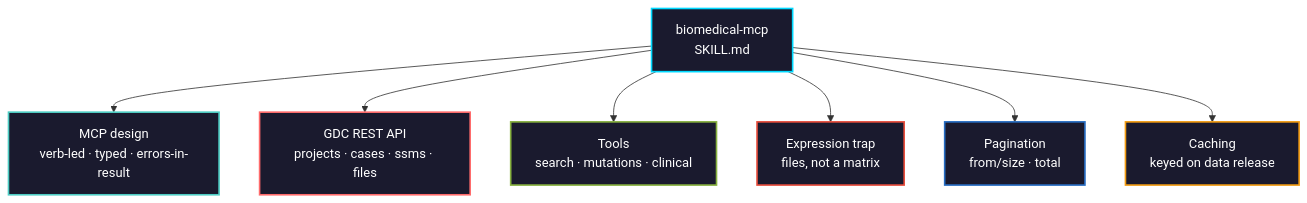
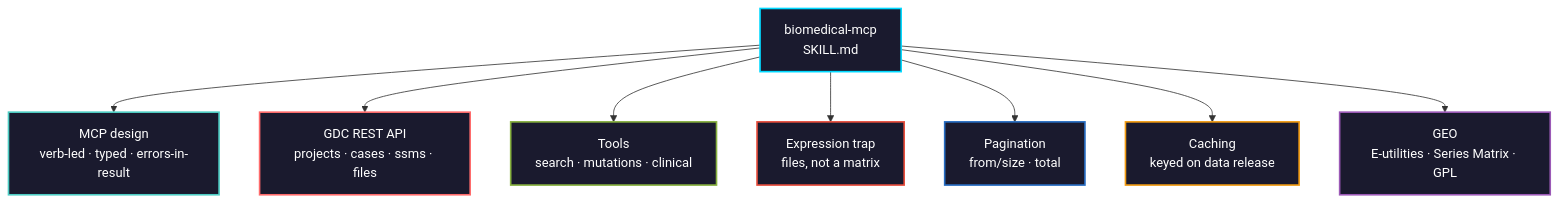
The diagram in skills/biomedical-mcp/README.md (zamushwani/biomedical-ai-skills), drawn with Mermaid before and after one commit. The commit also changed other lines of this file and 6 other files, not shown here.

````diff
--- a/skills/biomedical-mcp/README.md
+++ b/skills/biomedical-mcp/README.md
@@ -7,16 +7,18 @@
 ```mermaid
 graph TD
     A["biomedical-mcp<br>SKILL.md"] --> B["MCP design<br>verb-led · typed · errors-in-result"]
     A --> C["GDC REST API<br>projects · cases · ssms · files"]
     A --> D["Tools<br>search · mutations · clinical"]
     A --> E["Expression trap<br>files, not a matrix"]
     A --> F["Pagination<br>from/size · total"]
     A --> G["Caching<br>keyed on data release"]
+    A --> H["GEO<br>E-utilities · Series Matrix · GPL"]
     style A fill:#1a1a2e,stroke:#00d9ff,color:#fff,stroke-width:2px
     style B fill:#1a1a2e,stroke:#4ecdc4,color:#fff,stroke-width:2px
     style C fill:#1a1a2e,stroke:#ff6b6b,color:#fff,stroke-width:2px
     style D fill:#1a1a2e,stroke:#87b13f,color:#fff,stroke-width:2px
     style E fill:#1a1a2e,stroke:#e84d3c,color:#fff,stroke-width:2px
     style F fill:#1a1a2e,stroke:#276DC3,color:#fff,stroke-width:2px
     style G fill:#1a1a2e,stroke:#f39c12,color:#fff,stroke-width:2px
+    style H fill:#1a1a2e,stroke:#9b59b6,color:#fff,stroke-width:2px
 ```
````
